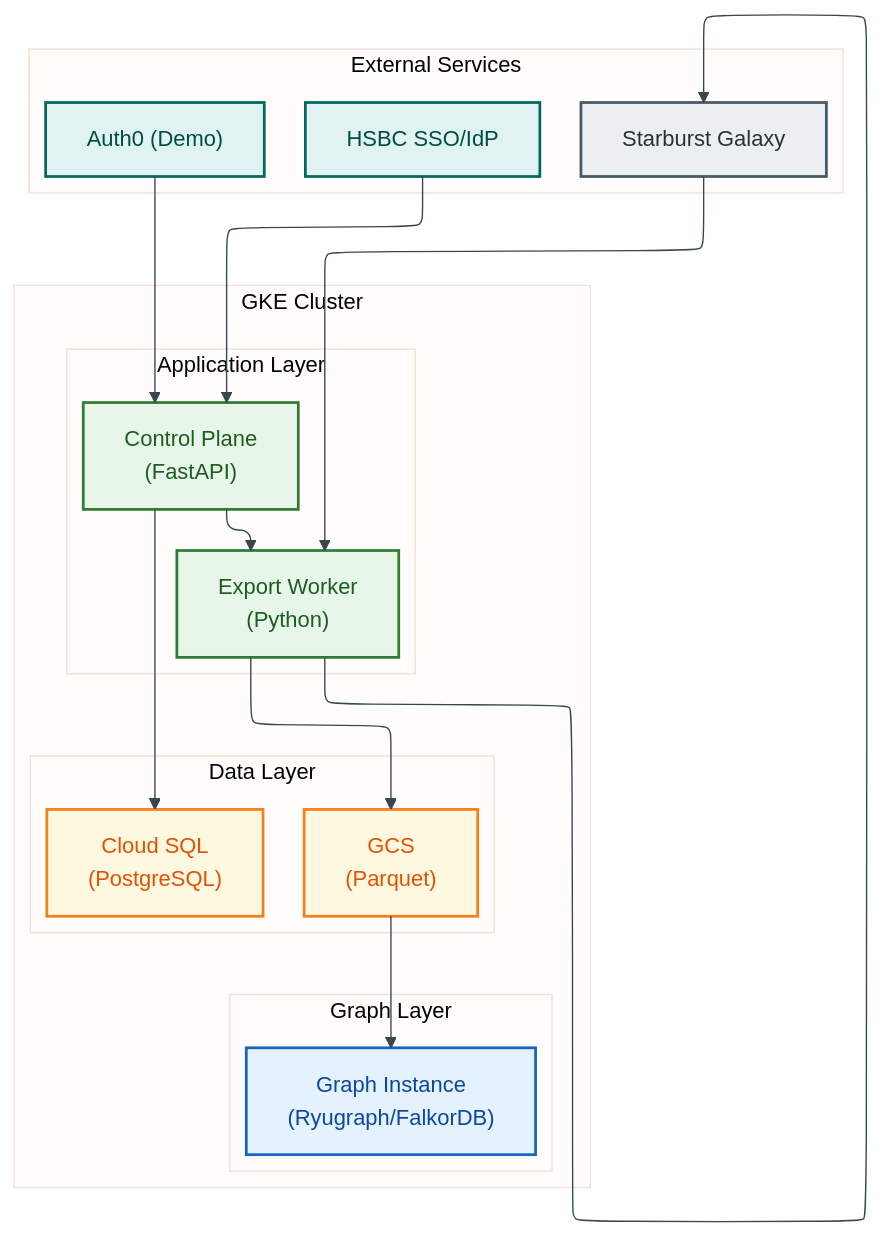
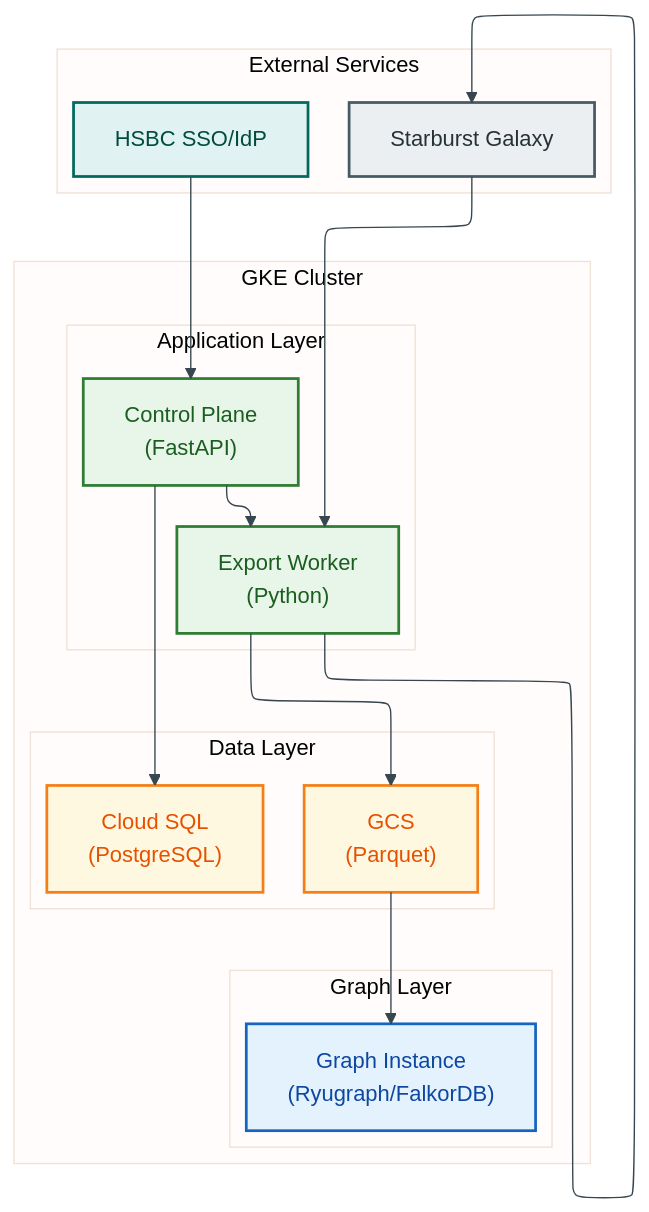
The diagram in documentation/src/content/docs/architecture/platform-operations.md (b4uharsha/newgraph), drawn with Mermaid before and after one commit. The commit also changed other lines of this file and 88 other files, not shown here.

````diff
--- a/documentation/src/content/docs/architecture/platform-operations.md
+++ b/documentation/src/content/docs/architecture/platform-operations.md
@@ -55,52 +57,50 @@
 ```mermaid
 ---
 config:
   layout: elk
   elk:
     mergeEdges: false
     nodePlacementStrategy: BRANDES_KOEPF
 ---
 %%{init: {"theme": "base", "themeVariables": {"primaryColor": "#E3F2FD", "primaryTextColor": "#0D47A1", "primaryBorderColor": "#1565C0", "lineColor": "#37474F"}}}%%
 flowchart TB
     accTitle: Graph OLAP Platform Component Dependencies
     accDescr: Shows data flow from external services through GKE cluster components to graph instances
 
     %% Style definitions - Cagle palette
     classDef external fill:#ECEFF1,stroke:#455A64,stroke-width:2px,color:#263238
     classDef service fill:#E8F5E9,stroke:#2E7D32,stroke-width:2px,color:#1B5E20
     classDef data fill:#FFF8E1,stroke:#F57F17,stroke-width:2px,color:#E65100
     classDef infra fill:#E3F2FD,stroke:#1565C0,stroke-width:2px,color:#0D47A1
     classDef security fill:#E0F2F1,stroke:#00695C,stroke-width:2px,color:#004D40
 
     subgraph External["External Services"]
         Starburst["Starburst Galaxy"]:::external
         SSO["HSBC SSO/IdP"]:::security
-        Auth0["Auth0 (Demo)"]:::security
     end
 
     subgraph GKE["GKE Cluster"]
         subgraph Apps["Application Layer"]
             ControlPlane["Control Plane<br/>(FastAPI)"]:::service
             ExportWorker["Export Worker<br/>(Python)"]:::service
         end
 
         subgraph Data["Data Layer"]
             CloudSQL["Cloud SQL<br/>(PostgreSQL)"]:::data
             GCS["GCS<br/>(Parquet)"]:::data
         end
 
         subgraph Graph["Graph Layer"]
             GraphInstance["Graph Instance<br/>(Ryugraph/FalkorDB)"]:::infra
         end
     end
 
     Starburst --> ExportWorker
     SSO --> ControlPlane
-    Auth0 --> ControlPlane
 
     ControlPlane --> ExportWorker
     ControlPlane --> CloudSQL
     ExportWorker --> Starburst
     ExportWorker --> GCS
     GCS --> GraphInstance
 ```
````
